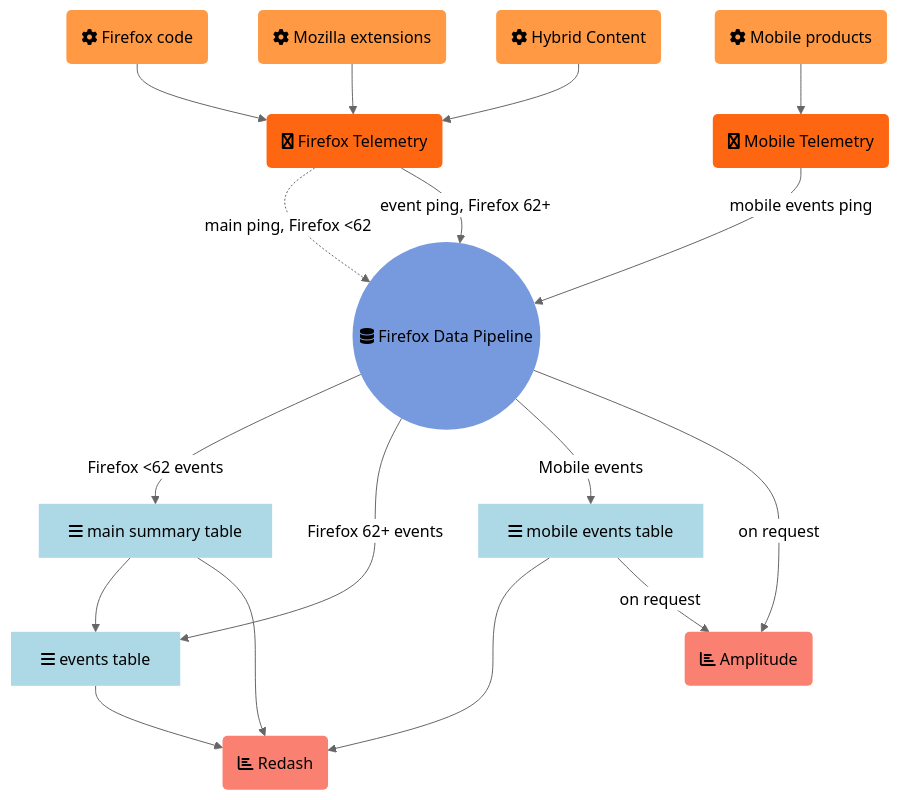
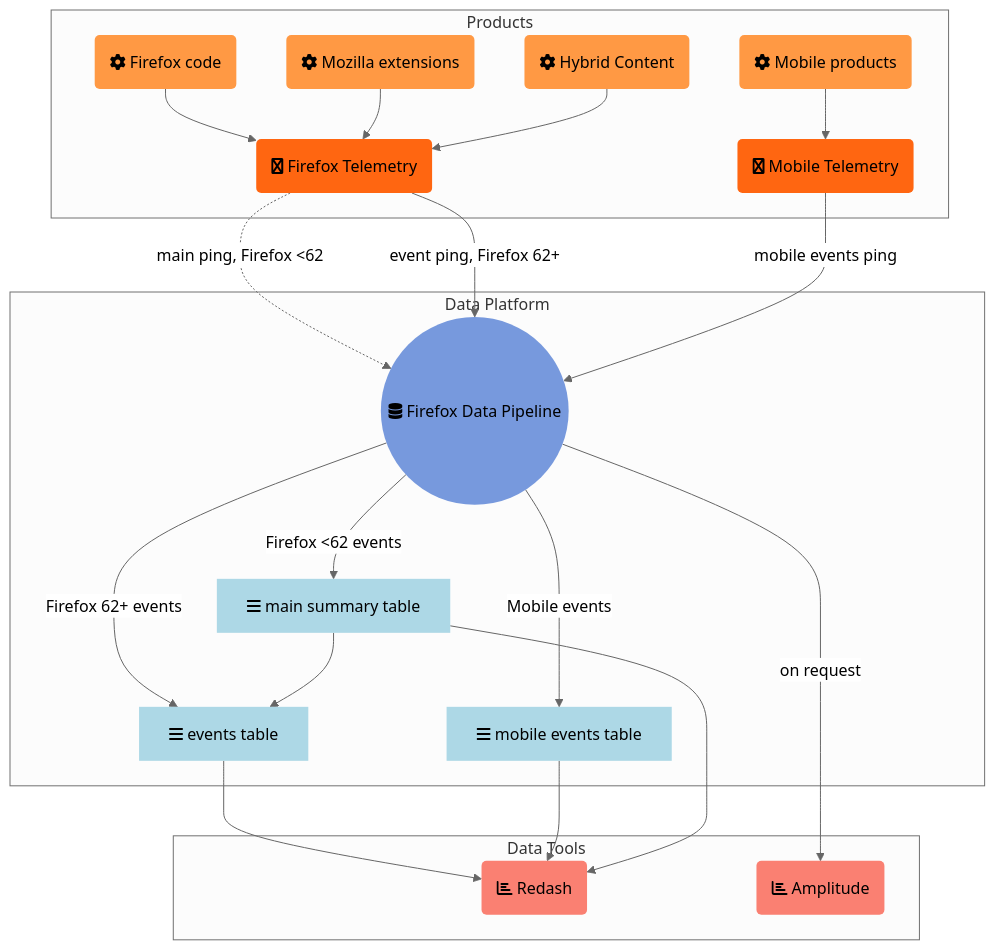
Before and after one commit to mozilla/data-docs: the diagram in src/concepts/pipeline/event_pipeline.md, drawn with Mermaid (neutral theme).

Commit message:
Organized graph into subgraphs
Layout was getting odd with changing the connection.
I changed it into subgraphs to keep clarity.

````diff
--- a/src/concepts/pipeline/event_pipeline.md
+++ b/src/concepts/pipeline/event_pipeline.md
@@ -6,32 +6,40 @@
 ```mermaid
 graph TD
+
+subgraph Products
 fx_code(fa:fa-cog Firefox code) --> firefox(fa:fa-firefox Firefox Telemetry)
 fx_extensions(fa:fa-cog Mozilla extensions) --> firefox
 fx_hybrid(fa:fa-cog Hybrid Content) --> firefox
 mobile(fa:fa-cog Mobile products) --> mobile_telemetry(fa:fa-firefox Mobile Telemetry)
+end
+
+subgraph Data Platform
 firefox -.->|main ping, Firefox <62| pipeline((fa:fa-database Firefox Data Pipeline))
 firefox -->|event ping, Firefox 62+| pipeline
 mobile_telemetry --> |mobile events ping| pipeline
 pipeline -->|Firefox <62 events| main_summary[fa:fa-bars main summary table]
 pipeline -->|Firefox 62+ events| events_table[fa:fa-bars events table]
 main_summary --> events_table
 pipeline -->|Mobile events| mobile_events_table[fa:fa-bars mobile events table]
-main_summary --> redash(fa:fa-bar-chart Redash)
+end
+
+subgraph Data Tools
 events_table --> redash
 mobile_events_table --> redash
-mobile_events_table -->|on request| amplitude
+main_summary --> redash(fa:fa-bar-chart Redash)
 pipeline -->|on request| amplitude(fa:fa-bar-chart Amplitude)
+end
 
 style fx_code fill:#f94,stroke-width:0px
 style fx_extensions fill:#f94,stroke-width:0px
 style fx_hybrid fill:#f94,stroke-width:0px
 style mobile fill:#f94,stroke-width:0px
 style firefox fill:#f61,stroke-width:0px
 style mobile_telemetry fill:#f61,stroke-width:0px
 style pipeline fill:#79d,stroke-width:0px
 style main_summary fill:lightblue,stroke-width:0px
 style events_table fill:lightblue,stroke-width:0px
 style mobile_events_table fill:lightblue,stroke-width:0px
 style redash fill:salmon,stroke-width:0px
 style amplitude fill:salmon,stroke-width:0px
 ```
````
